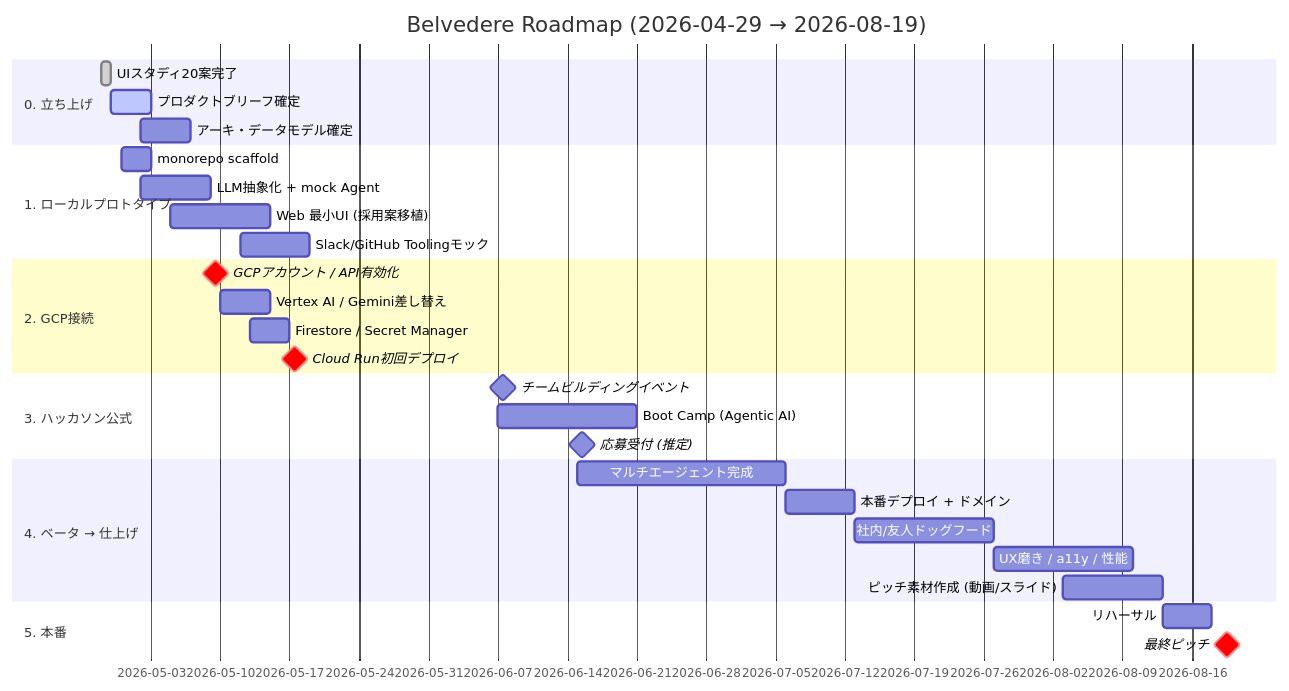
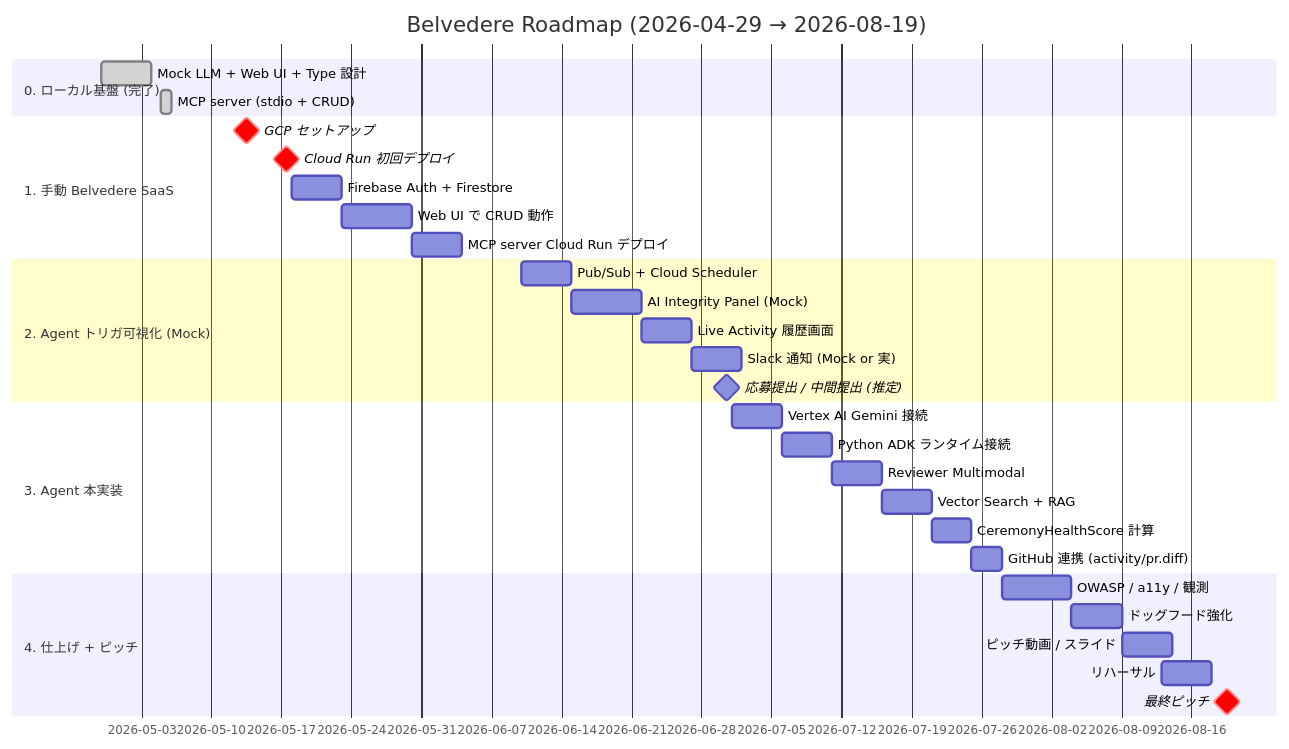
The diagram in ROADMAP.md (KaedeAatou/belvedere), drawn with Mermaid before and after one commit. The commit also changed other lines of this file and 76 other files, not shown here.

````diff
--- a/ROADMAP.md
+++ b/ROADMAP.md
@@ -10,32 +20,33 @@
 ```mermaid
 gantt
     title Belvedere Roadmap (2026-04-29 → 2026-08-19)
     dateFormat  YYYY-MM-DD
-    section 0. 立ち上げ
-    UIスタディ20案完了             :done, 2026-04-28, 2026-04-29
-    プロダクトブリーフ確定         :active, 2026-04-29, 4d
-    アーキ・データモデル確定       :2026-05-02, 5d
-    section 1. ローカルプロトタイプ
-    monorepo scaffold              :2026-04-30, 3d
-    LLM抽象化 + mock Agent         :2026-05-02, 7d
-    Web 最小UI (採用案移植)        :2026-05-05, 10d
-    Slack/GitHub Toolingモック     :2026-05-12, 7d
-    section 2. GCP接続
-    GCPアカウント / API有効化      :crit, milestone, 2026-05-09, 1d
-    Vertex AI / Gemini差し替え     :2026-05-10, 5d
-    Firestore / Secret Manager     :2026-05-13, 4d
-    Cloud Run初回デプロイ          :crit, milestone, 2026-05-17, 1d
-    section 3. ハッカソン公式
-    チームビルディングイベント     :milestone, 2026-06-07, 1d
-    Boot Camp (Agentic AI)         :2026-06-07, 14d
-    応募受付 (推定)                :milestone, 2026-06-15, 1d
-    section 4. ベータ → 仕上げ
-    マルチエージェント完成         :2026-06-15, 21d
-    本番デプロイ + ドメイン        :2026-07-06, 7d
-    社内/友人ドッグフード          :2026-07-13, 14d
-    UX磨き / a11y / 性能           :2026-07-27, 14d
-    ピッチ素材作成 (動画/スライド) :2026-08-03, 10d
-    section 5. 本番
-    リハーサル                     :2026-08-13, 5d
-    最終ピッチ                     :crit, milestone, 2026-08-19, 1d
+    section 0. ローカル基盤 (完了)
+    Mock LLM + Web UI + Type 設計 :done, 2026-04-29, 2026-05-04
+    MCP server (stdio + CRUD)     :done, 2026-05-05, 1d
+    section 1. 手動 Belvedere SaaS
+    GCP セットアップ              :crit, milestone, 2026-05-13, 1d
+    Cloud Run 初回デプロイ        :crit, milestone, 2026-05-17, 1d
+    Firebase Auth + Firestore     :2026-05-18, 5d
+    Web UI で CRUD 動作          :2026-05-23, 7d
+    MCP server Cloud Run デプロイ :2026-05-30, 5d
+    section 2. Agent トリガ可視化 (Mock)
+    Pub/Sub + Cloud Scheduler     :2026-06-10, 5d
+    AI Integrity Panel (Mock)     :2026-06-15, 7d
+    Live Activity 履歴画面        :2026-06-22, 5d
+    Slack 通知 (Mock or 実)       :2026-06-27, 5d
+    応募提出 / 中間提出 (推定)     :milestone, 2026-06-30, 1d
+    section 3. Agent 本実装
+    Vertex AI Gemini 接続         :2026-07-01, 5d
+    Python ADK ランタイム接続     :2026-07-06, 5d
+    Reviewer Multimodal           :2026-07-11, 5d
+    Vector Search + RAG           :2026-07-16, 5d
+    CeremonyHealthScore 計算      :2026-07-21, 4d
+    GitHub 連携 (activity/pr.diff) :2026-07-25, 3d
+    section 4. 仕上げ + ピッチ
+    OWASP / a11y / 観測           :2026-07-28, 7d
+    ドッグフード強化              :2026-08-04, 5d
+    ピッチ動画 / スライド         :2026-08-09, 5d
+    リハーサル                    :2026-08-13, 5d
+    最終ピッチ                    :crit, milestone, 2026-08-19, 1d
 ```
````
